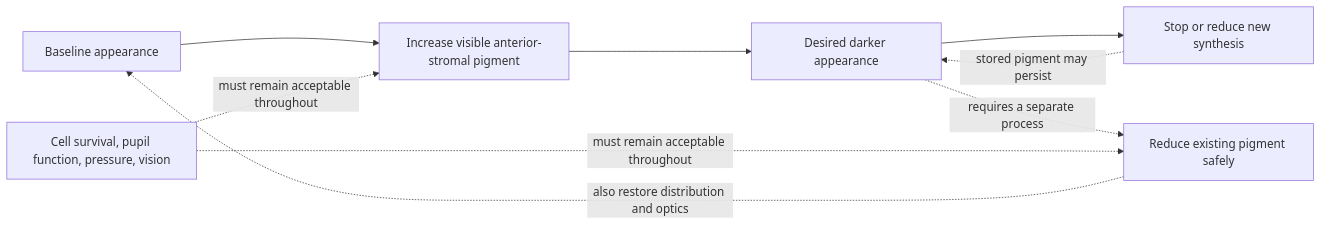
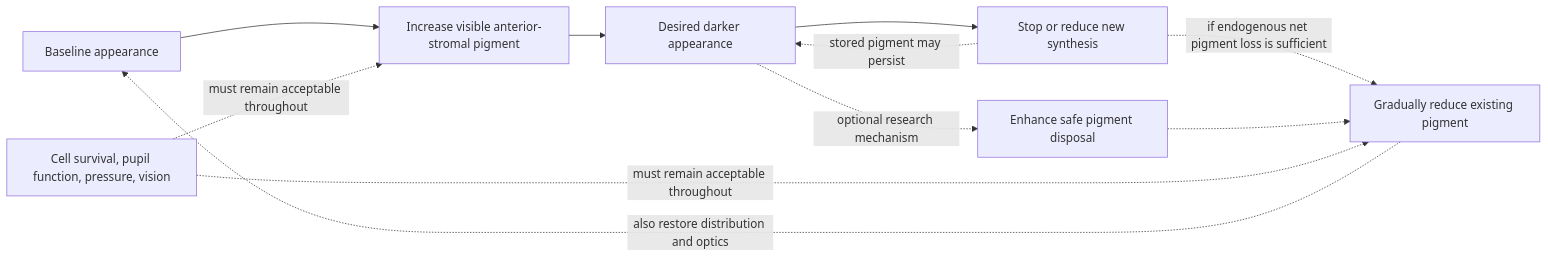
The first of 2 diagrams in research/bidirectional-reversibility.md (dylanstechmann/iris-color-without-contacts), drawn with Mermaid before and after one commit. The commit also changed other lines of this file and 6 other files, not shown here.

````diff
--- a/research/bidirectional-reversibility.md
+++ b/research/bidirectional-reversibility.md
@@ -15,11 +17,13 @@
 ```mermaid
 flowchart LR
     A["Baseline appearance"] --> B["Increase visible anterior-stromal pigment"]
     B --> C["Desired darker appearance"]
     C --> D["Stop or reduce new synthesis"]
     D -. "stored pigment may persist" .-> C
-    C -. "requires a separate process" .-> E["Reduce existing pigment safely"]
+    D -. "if endogenous net pigment loss is sufficient" .-> E["Gradually reduce existing pigment"]
+    C -. "optional research mechanism" .-> X["Enhance safe pigment disposal"]
+    X -.-> E
     E -. "also restore distribution and optics" .-> A
     F["Cell survival, pupil function, pressure, vision"] -. "must remain acceptable throughout" .-> B
     F -. "must remain acceptable throughout" .-> E
 ```
````
